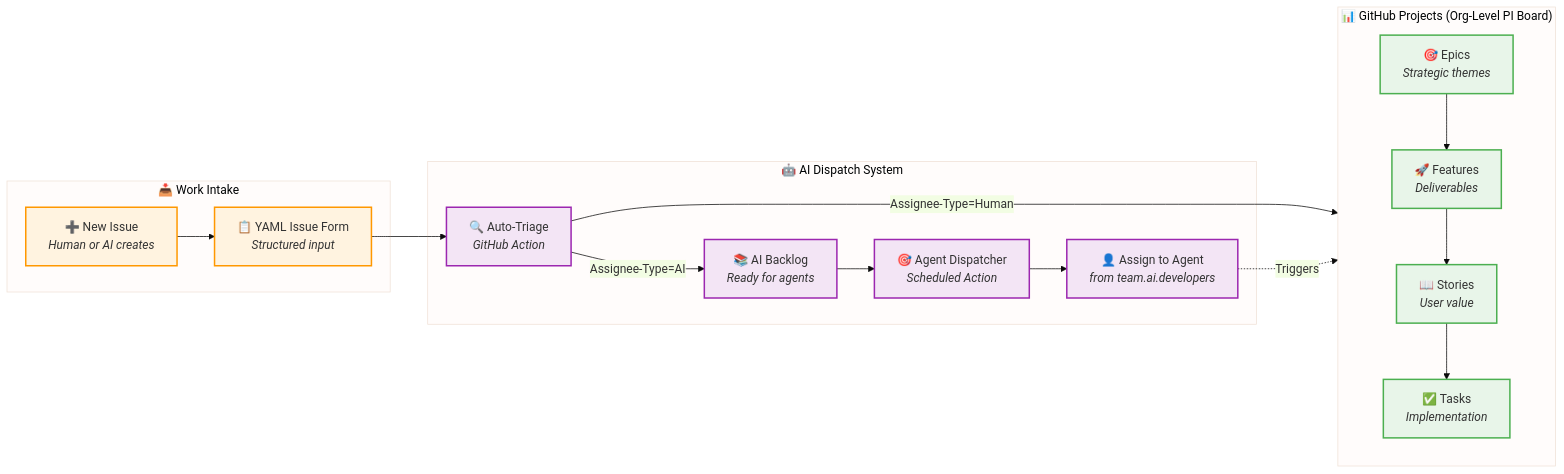
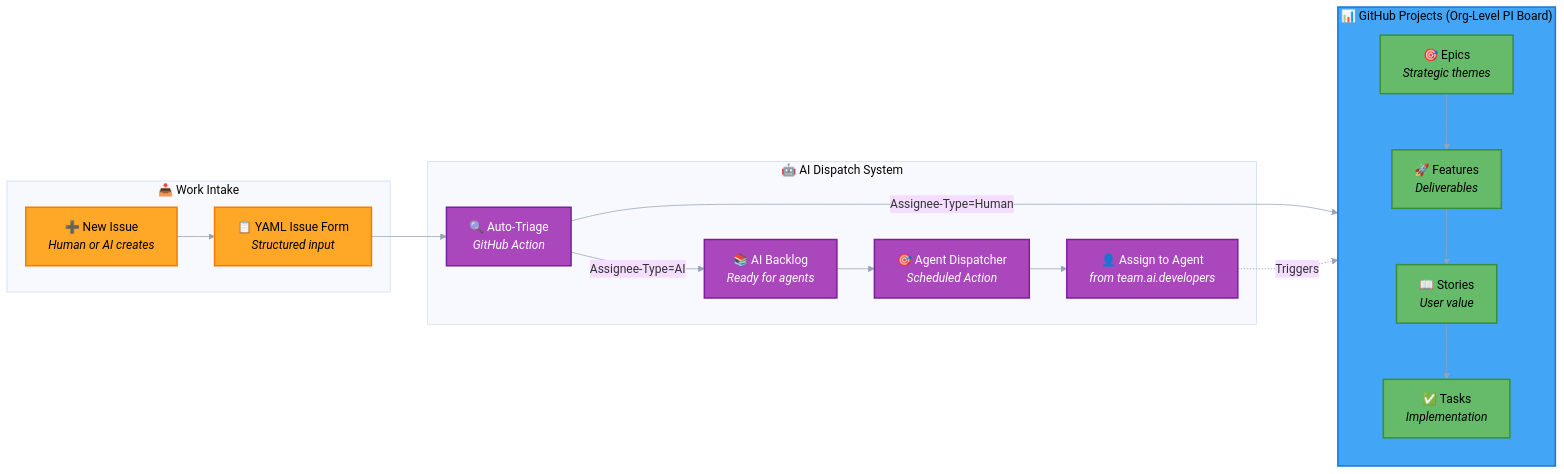
The third of 8 diagrams in github-native-operating-model.md (donbr/github-agentic-om), drawn with Mermaid before and after one commit. The commit also changed other lines of this file, not shown here.

Commit message:
update operating model mermaid diagrams

````diff
--- a/github-native-operating-model.md
+++ b/github-native-operating-model.md
@@ -173,43 +175,45 @@
 ```mermaid
-%%{init: {"theme":"base", "themeVariables": {"primaryColor":"#e3f2fd","primaryBorderColor":"#2196f3"}}}%%
+%%{init: {"theme":"base", "themeVariables": {"lineColor":"#94a3b8","primaryBorderColor":"#94a3b8","textColor":"#64748b"}}}%%
 flowchart LR
     subgraph INTAKE["📥 Work Intake"]
         ISSUE["➕ New Issue<br/><i>Human or AI creates</i>"]
         FORM["📋 YAML Issue Form<br/><i>Structured input</i>"]
     end
 
     subgraph PROJECTS["📊 GitHub Projects (Org-Level PI Board)"]
         direction TB
         EPIC["🎯 Epics<br/><i>Strategic themes</i>"]
         FEATURE["🚀 Features<br/><i>Deliverables</i>"]
         STORY["📖 Stories<br/><i>User value</i>"]
         TASK["✅ Tasks<br/><i>Implementation</i>"]
 
         EPIC --> FEATURE
         FEATURE --> STORY
         STORY --> TASK
     end
 
     subgraph DISPATCH["🤖 AI Dispatch System"]
         TRIAGE["🔍 Auto-Triage<br/><i>GitHub Action</i>"]
         AIBACKLOG["📚 AI Backlog<br/><i>Ready for agents</i>"]
         DISPATCHER["🎯 Agent Dispatcher<br/><i>Scheduled Action</i>"]
         ASSIGN["👤 Assign to Agent<br/><i>from team.ai.developers</i>"]
     end
 
     ISSUE --> FORM
     FORM --> TRIAGE
     TRIAGE -->|"Assignee-Type=AI"| AIBACKLOG
     TRIAGE -->|"Assignee-Type=Human"| PROJECTS
     AIBACKLOG --> DISPATCHER
     DISPATCHER --> ASSIGN
     ASSIGN -.Triggers.-> PROJECTS
 
-    classDef intake fill:#fff3e0,stroke:#ff9800,stroke-width:2px
-    classDef hierarchy fill:#e8f5e9,stroke:#4caf50,stroke-width:2px
-    classDef automation fill:#f3e5f5,stroke:#9c27b0,stroke-width:2px
+    classDef planning fill:#42a5f5,stroke:#1976d2,stroke-width:2px,color:#000000
+    classDef intake fill:#ffa726,stroke:#f57c00,stroke-width:2px,color:#000000
+    classDef hierarchy fill:#66bb6a,stroke:#388e3c,stroke-width:2px,color:#000000
+    classDef automation fill:#ab47bc,stroke:#7b1fa2,stroke-width:2px,color:#ffffff
 
+    class PROJECTS planning
     class ISSUE,FORM intake
     class EPIC,FEATURE,STORY,TASK hierarchy
     class TRIAGE,AIBACKLOG,DISPATCHER,ASSIGN automation
 ```
````
